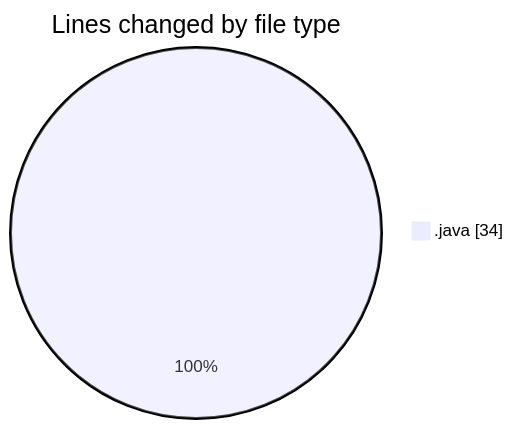
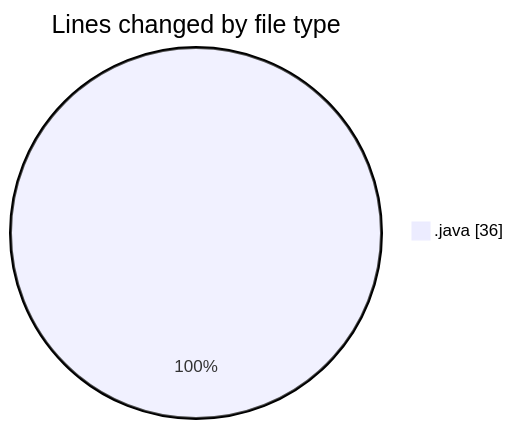
The first of 2 diagrams in 2025-02-05/computer_202/README.md (NitaiMahat/code-tracking), drawn with Mermaid before and after one commit. The commit also changed other lines of this file and 1 other file, not shown here.

````diff
--- a/2025-02-05/computer_202/README.md
+++ b/2025-02-05/computer_202/README.md
@@ -22,5 +22,5 @@
 ```mermaid
 pie showData
 title Lines changed by file type
-".java" : 34
+".java" : 36
 ```
````
